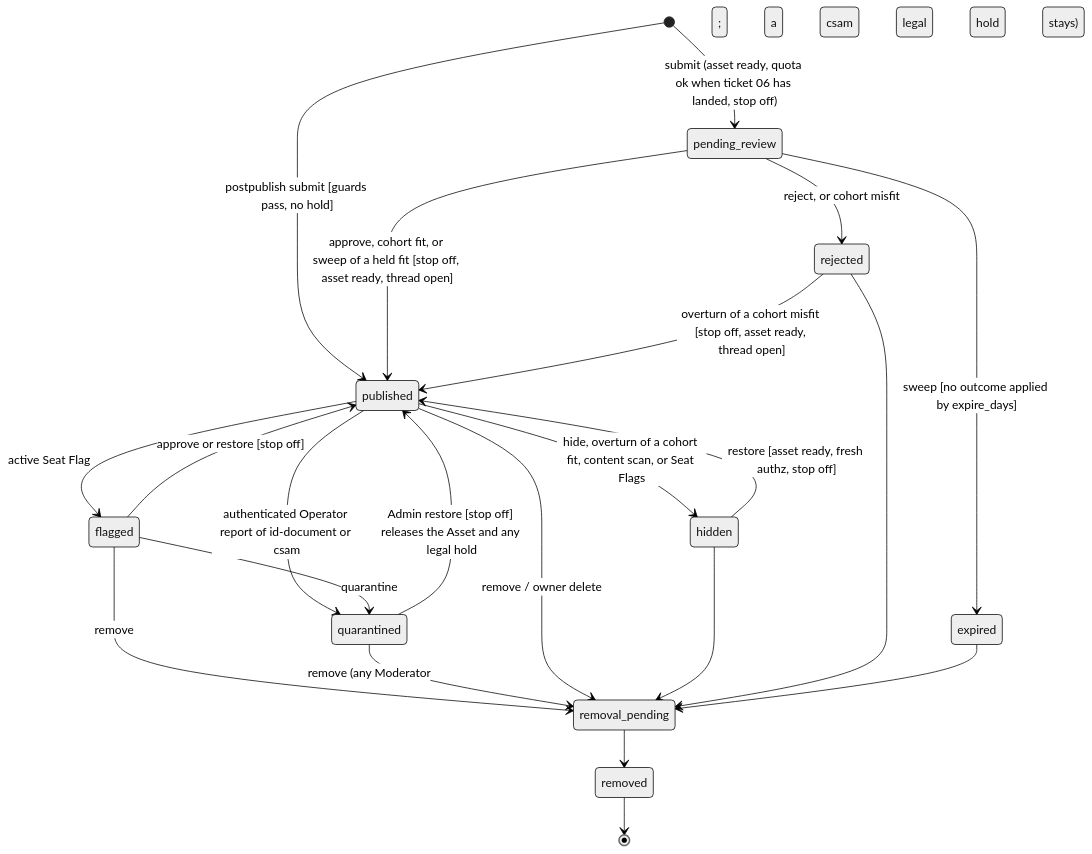
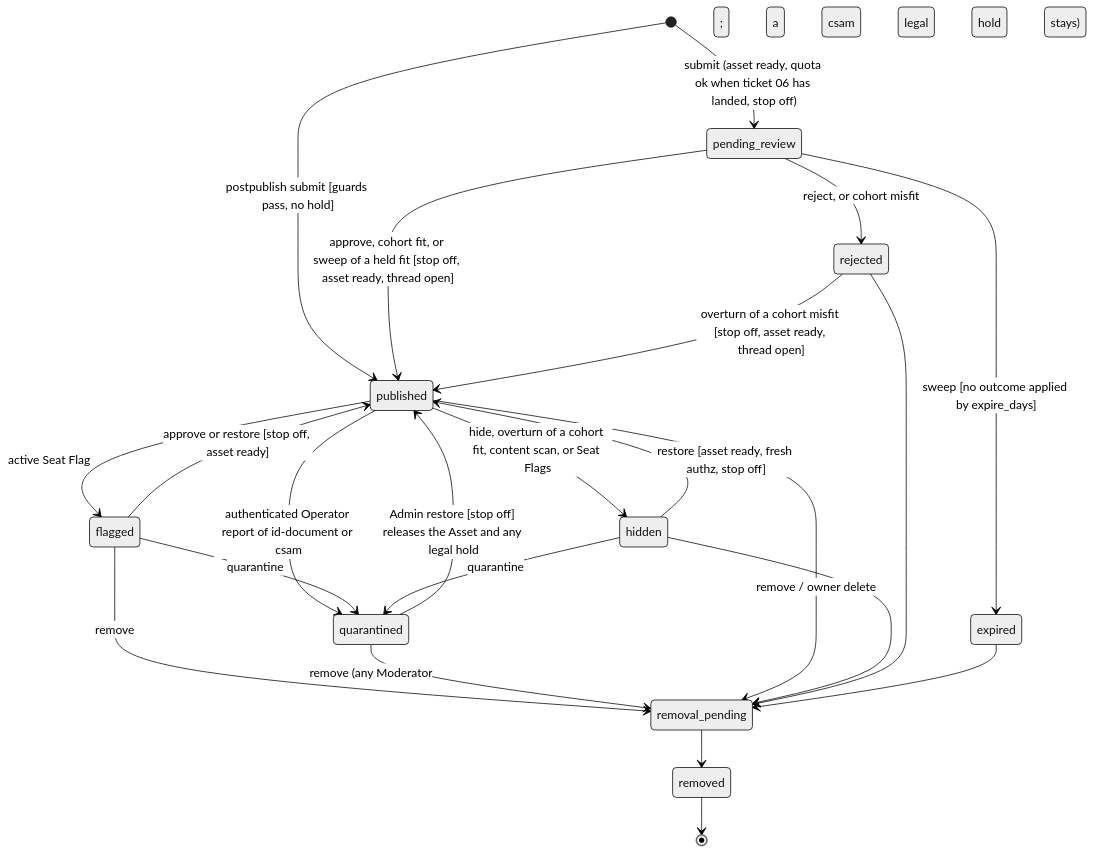
The second of 2 diagrams in docs/SPEC.md (Zero-State-LLC/JChain), drawn with Mermaid (neutral theme) before and after one commit. The commit also changed other lines of this file and 8 other files, not shown here.

````diff
--- a/docs/SPEC.md
+++ b/docs/SPEC.md
@@ -212,24 +212,25 @@
 ```mermaid
 stateDiagram-v2
   [*] --> pending_review: submit (asset ready, quota ok when ticket 06 has landed, stop off)
   [*] --> published: postpublish submit [guards pass, no hold]
   pending_review --> published: approve, cohort fit, or sweep of a held fit [stop off, asset ready, thread open]
   pending_review --> rejected: reject, or cohort misfit
   pending_review --> expired: sweep [no outcome applied by expire_days]
   published --> hidden: hide, overturn of a cohort fit, content scan, or Seat Flags
   published --> flagged: active Seat Flag
   published --> quarantined: authenticated Operator report of id-document or csam
-  flagged --> published: approve or restore [stop off]
+  flagged --> published: approve or restore [stop off, asset ready]
   flagged --> quarantined: quarantine
   flagged --> removal_pending: remove
   quarantined --> published: Admin restore [stop off] releases the Asset and any legal hold
   quarantined --> removal_pending: remove (any Moderator; a csam legal hold stays)
   published --> removal_pending: remove / owner delete
   hidden --> published: restore [asset ready, fresh authz, stop off]
+  hidden --> quarantined: quarantine
   hidden --> removal_pending
   rejected --> published: overturn of a cohort misfit [stop off, asset ready, thread open]
   rejected --> removal_pending
   expired --> removal_pending
   removal_pending --> removed
   removed --> [*]
 ```
````
